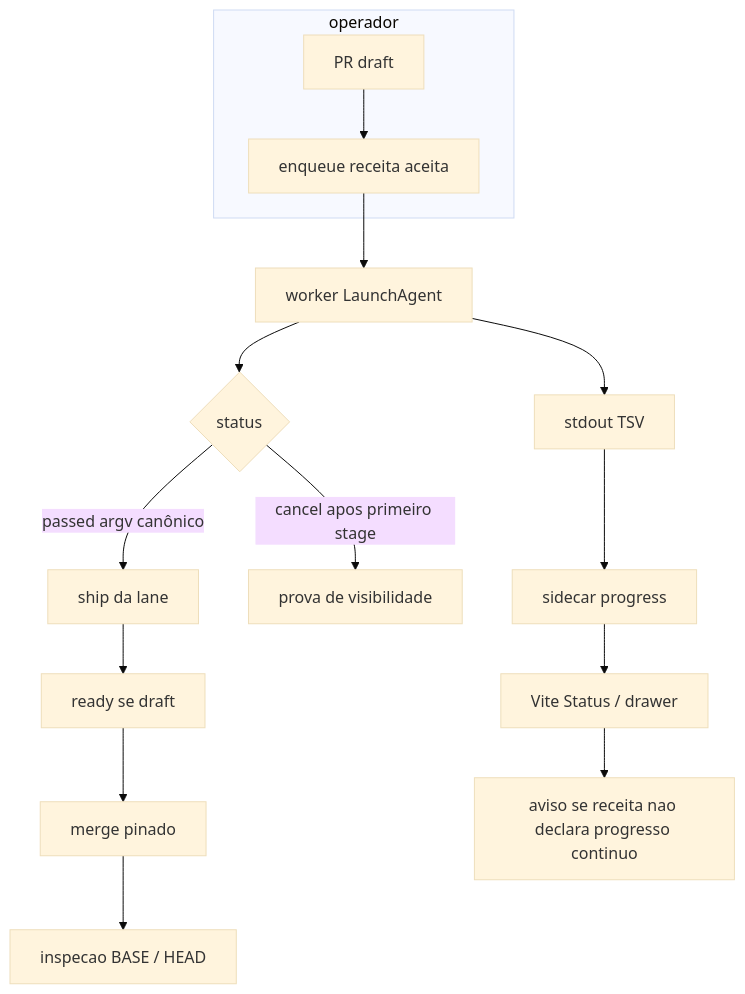
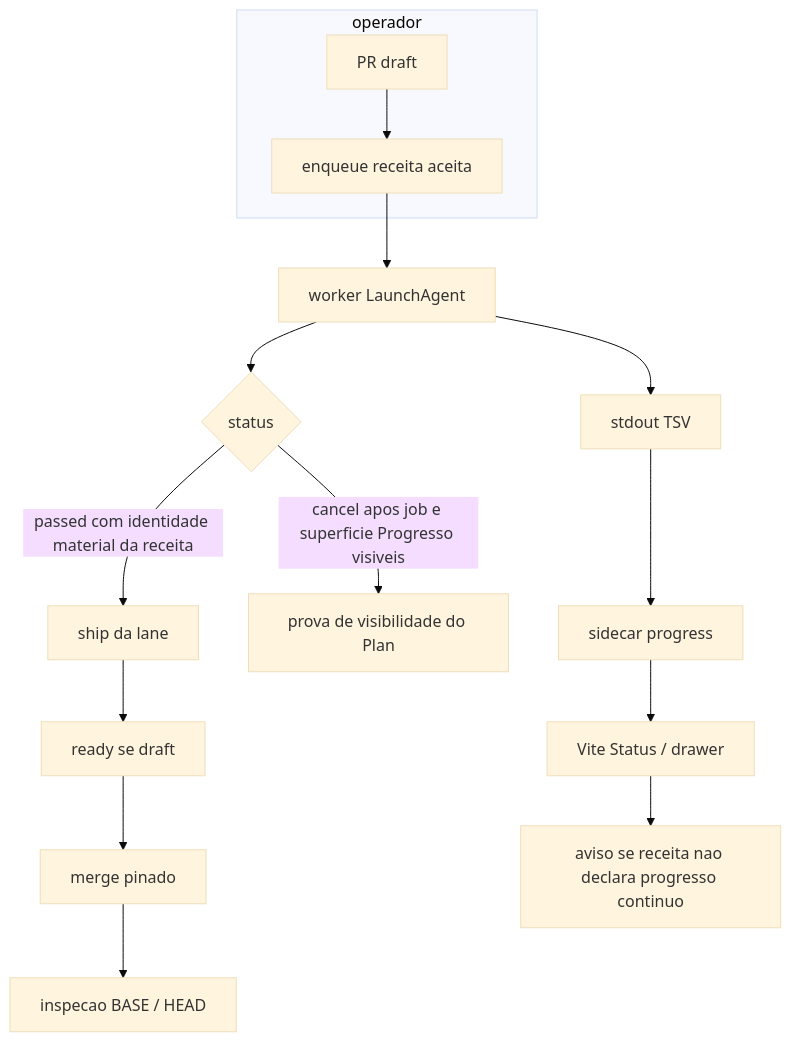
Before and after one commit to nmarcofernandess/ci-queue: the diagram in specs/001-prova-local-progress-ship/analysis.md, drawn with Mermaid (base theme). The commit also changed other lines of this file and 22 other files, not shown here.

````diff
--- a/specs/001-prova-local-progress-ship/analysis.md
+++ b/specs/001-prova-local-progress-ship/analysis.md
@@ -217,17 +637,17 @@
 ```mermaid
 flowchart TD
   subgraph operador
     A["PR draft"] --> B["enqueue receita aceita"]
   end
   B --> C["worker LaunchAgent"]
   C --> D["stdout TSV"]
   D --> E["sidecar progress"]
   E --> F["Vite Status / drawer"]
   C --> G{"status"}
-  G -->|"cancel apos primeiro stage"| H["prova de visibilidade"]
-  G -->|"passed argv canônico"| I["ship da lane"]
+  G -->|"cancel apos job e superficie Progresso visiveis"| H["prova de visibilidade do Plan"]
+  G -->|"passed com identidade material da receita"| I["ship da lane"]
   I --> J["ready se draft"]
   J --> K["merge pinado"]
   K --> L["inspecao BASE / HEAD"]
   F --> W["aviso se receita nao declara progresso continuo"]
 ```
````
